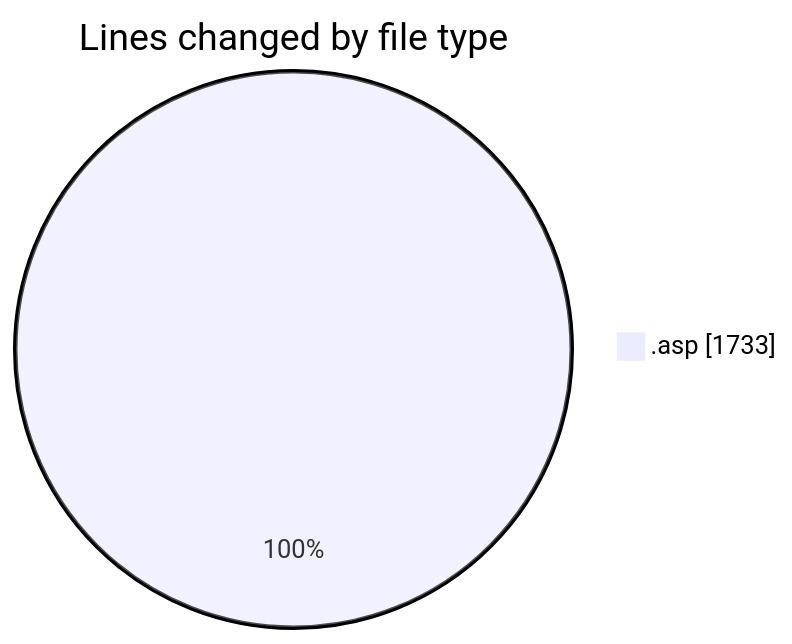
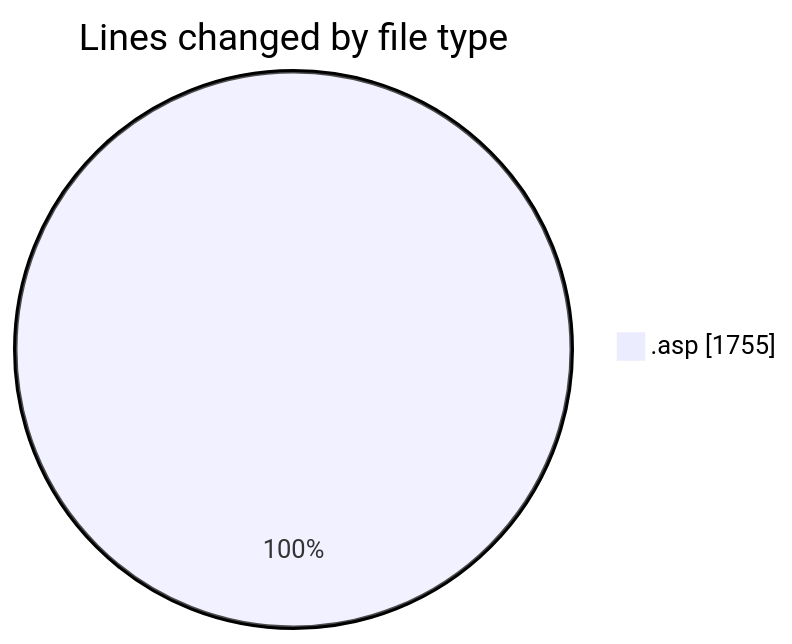
One commit to julien-gomy/code-tracking changed the first of 2 diagrams in 2025-11-26/cdp_aleoudev_fr__workspace_/README.md. Above: the diagram before and after it, drawn with Mermaid. The commit also changed other lines of this file and 1 other file, not shown here.

````diff
--- a/2025-11-26/cdp_aleoudev_fr__workspace_/README.md
+++ b/2025-11-26/cdp_aleoudev_fr__workspace_/README.md
@@ -21,5 +21,5 @@
 ```mermaid
 pie showData
 title Lines changed by file type
-".asp" : 1733
+".asp" : 1755
 ```
````
